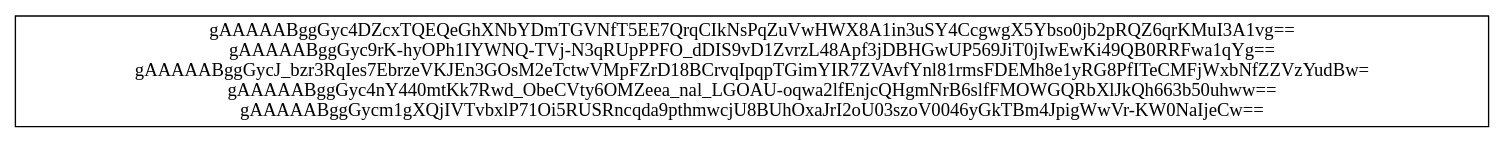
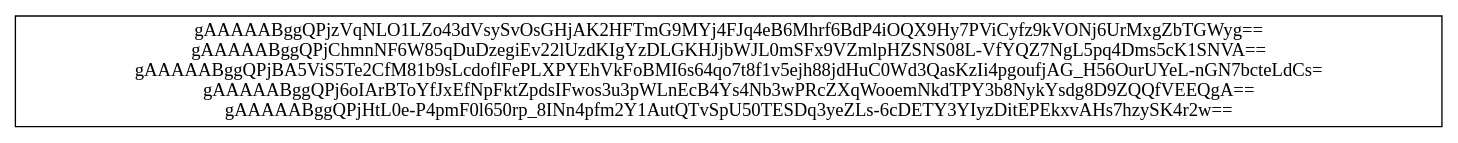
One commit to Villa01/EDD_VirtualMall_201900907 changed the diagram in Backend/reportesDot/ArbolBEncriptado.dot. Above: the diagram before and after it, drawn with Graphviz. The commit also changed 12 other files, not shown here.

```diff
--- a/Backend/reportesDot/ArbolBEncriptado.dot
+++ b/Backend/reportesDot/ArbolBEncriptado.dot
@@ -1,5 +1,5 @@
 digraph grafo { 
 	node[shape="record"]
-nodo1234567890101[label = "gAAAAABggGyc4DZcxTQEQeGhXNbYDmTGVNfT5EE7QrqCIkNsPqZuVwHWX8A1in3uSY4CcgwgX5Ybso0jb2pRQZ6qrKMuI3A1vg==\ngAAAAABggGyc9rK-hyOPh1IYWNQ-TVj-N3qRUpPPFO_dDIS9vD1ZvrzL48Apf3jDBHGwUP569JiT0jIwEwKi49QB0RRFwa1qYg==\ngAAAAABggGycJ_bzr3RqIes7EbrzeVKJEn3GOsM2eTctwVMpFZrD18BCrvqIpqpTGimYIR7ZVAvfYnl81rmsFDEMh8e1yRG8PfITeCMFjWxbNfZZVzYudBw=\ngAAAAABggGyc4nY440mtKk7Rwd_ObeCVty6OMZeea_nal_LGOAU-oqwa2lfEnjcQHgmNrB6slfFMOWGQRbXlJkQh663b50uhww==\ngAAAAABggGycm1gXQjIVTvbxlP71Oi5RUSRncqda9pthmwcjU8BUhOxaJrI2oU03szoV0046yGkTBm4JpigWwVr-KW0NaIjeCw=="];
+nodo1234567890101[label = "gAAAAABggQPjzVqNLO1LZo43dVsySvOsGHjAK2HFTmG9MYj4FJq4eB6Mhrf6BdP4iOQX9Hy7PViCyfz9kVONj6UrMxgZbTGWyg==\ngAAAAABggQPjChmnNF6W85qDuDzegiEv22lUzdKIgYzDLGKHJjbWJL0mSFx9VZmlpHZSNS08L-VfYQZ7NgL5pq4Dms5cK1SNVA==\ngAAAAABggQPjBA5ViS5Te2CfM81b9sLcdoflFePLXPYEhVkFoBMI6s64qo7t8f1v5ejh88jdHuC0Wd3QasKzIi4pgoufjAG_H56OurUYeL-nGN7bcteLdCs=\ngAAAAABggQPj6oIArBToYfJxEfNpFktZpdsIFwos3u3pWLnEcB4Ys4Nb3wPRcZXqWooemNkdTPY3b8NykYsdg8D9ZQQfVEEQgA==\ngAAAAABggQPjHtL0e-P4pmF0l650rp_8INn4pfm2Y1AutQTvSpU50TESDq3yeZLs-6cDETY3YIyzDitEPEkxvAHs7hzySK4r2w=="];
 
 }
```
